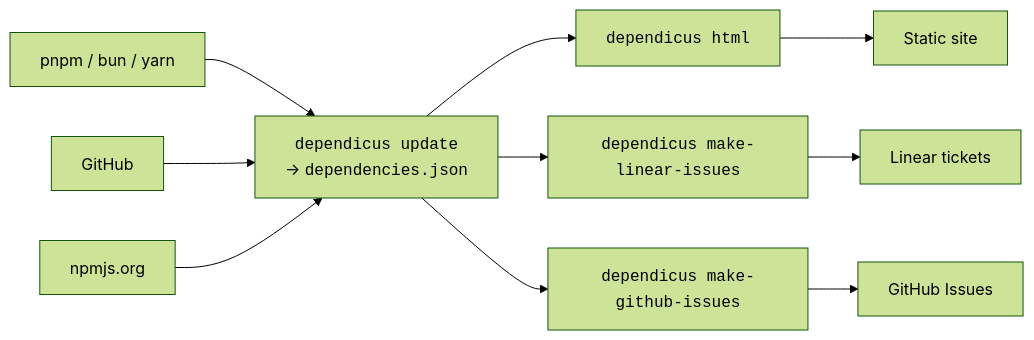
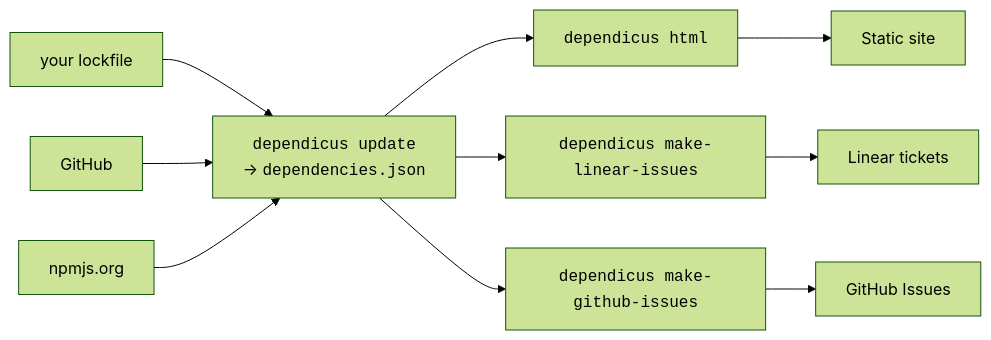
Before and after one commit to descriptinc/dependicus: the diagram in docs/docs/index.md, drawn with Mermaid (forest theme). The commit also changed other lines of this file and 23 other files, not shown here.

````diff
--- a/docs/docs/index.md
+++ b/docs/docs/index.md
@@ -9,13 +9,13 @@
 ```mermaid
 graph LR
-    lockfile["pnpm / bun / yarn"] --> dependicus-update["<tt>dependicus update</tt><br>&rarr; <tt>dependencies.json</tt>"]
+    lockfile["your lockfile"] --> dependicus-update["<tt>dependicus update</tt><br>&rarr; <tt>dependencies.json</tt>"]
     GitHub --> dependicus-update
     npmjs.org --> dependicus-update
     dependicus-update --> dependicus-html["<tt>dependicus html</tt>"]
     dependicus-update --> dependicus-make-linear-issues["<tt>dependicus make-linear-issues</tt>"]
     dependicus-update --> dependicus-make-github-issues["<tt>dependicus make-github-issues</tt>"]
 
     dependicus-html --> static-site["Static site"]
     dependicus-make-linear-issues --> linear-tickets["Linear tickets"]
     dependicus-make-github-issues --> github-issues["GitHub Issues"]
 ```
````
